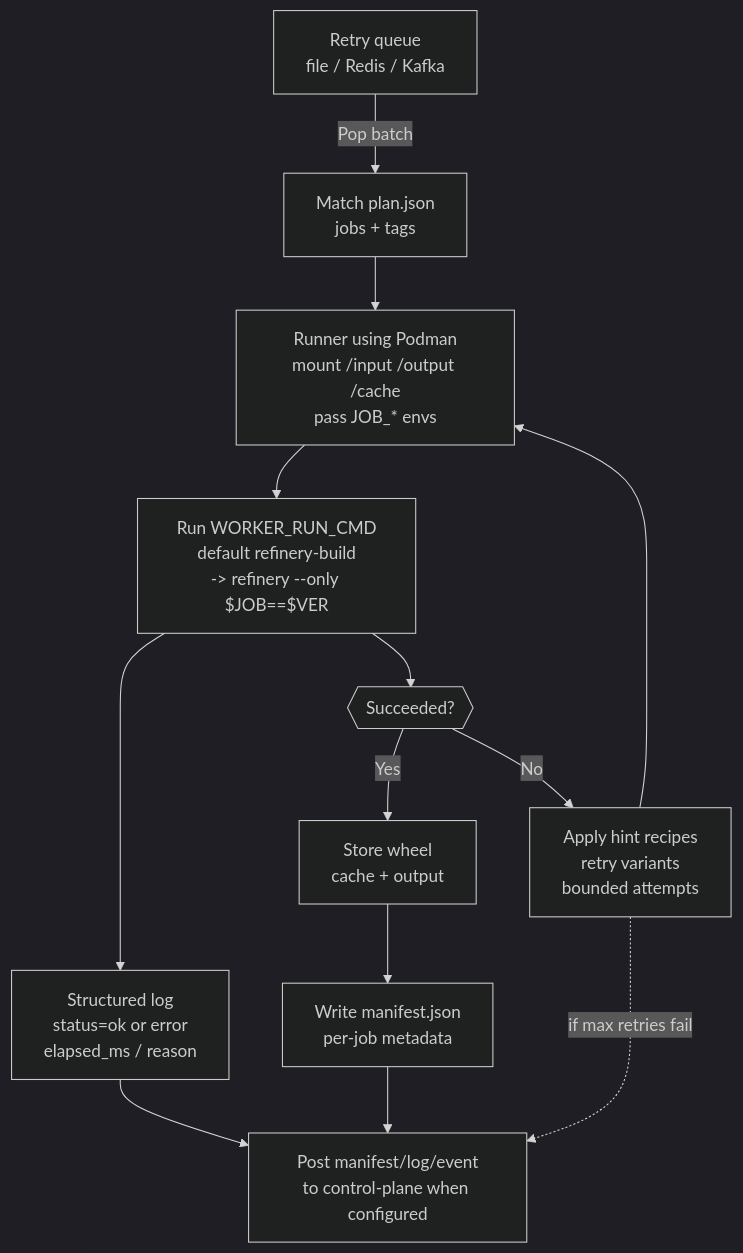
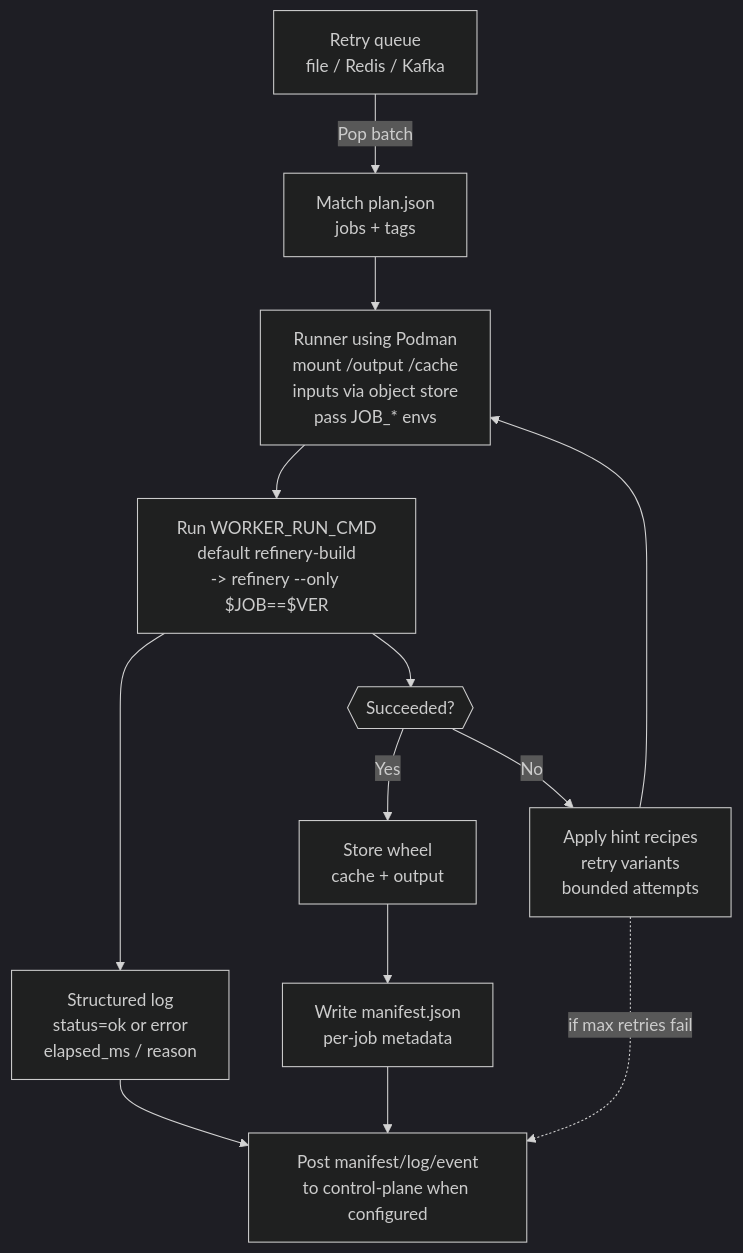
The diagram in docs/diagrams/component-builder-worker.mmd (k8ika0s/s390x-wheel-refinery), drawn with Mermaid (dark theme) before and after one commit. The commit also changed 36 other files, not shown here.

```diff
--- a/docs/diagrams/component-builder-worker.mmd
+++ b/docs/diagrams/component-builder-worker.mmd
@@ -1,13 +1,13 @@
 flowchart TD
     Q["Retry queue<br/>file / Redis / Kafka"] -->|Pop batch| MATCH["Match plan.json<br/>jobs + tags"]
-    MATCH --> PODMAN["Runner using Podman<br/>mount /input /output /cache<br/>pass JOB_* envs"]
+    MATCH --> PODMAN["Runner using Podman<br/>mount /output /cache<br/>inputs via object store<br/>pass JOB_* envs"]
     PODMAN --> CMD["Run WORKER_RUN_CMD<br/>default refinery-build<br/>-> refinery --only $JOB==$VER"]
     CMD --> LOGS["Structured log<br/>status=ok or error<br/>elapsed_ms / reason"]
     CMD --> CHECK{{Succeeded?}}
     CHECK -->|Yes| STORE["Store wheel<br/>cache + output"]
     CHECK -->|No| RETRY["Apply hint recipes<br/>retry variants<br/>bounded attempts"]
     RETRY --> PODMAN
     STORE --> MANIFEST[Write manifest.json\nper-job metadata]
     MANIFEST --> REPORT[Post manifest/log/event\nto control-plane when configured]
     LOGS --> REPORT
     RETRY -. if max retries fail .-> REPORT
```
